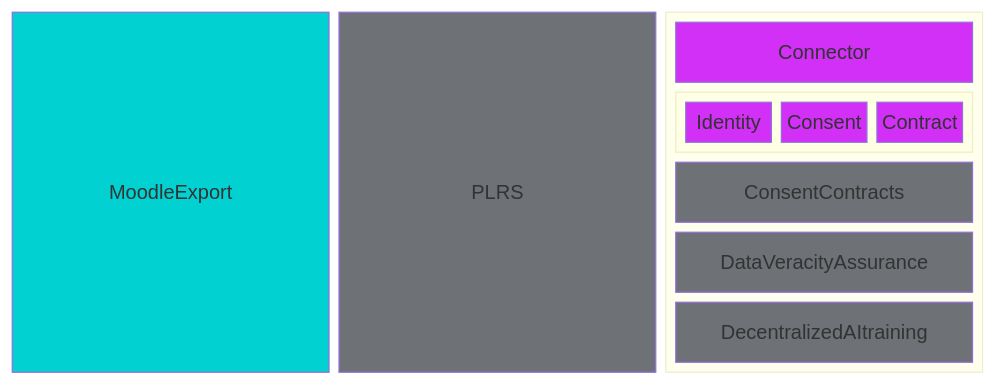
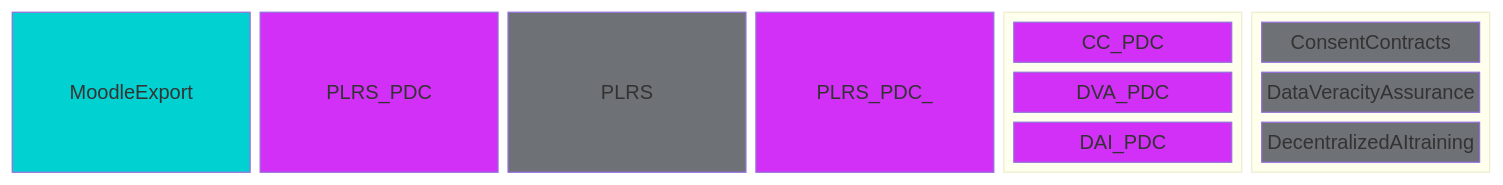
Before and after one commit to Prometheus-X-association/lrs-gateway: the first of 5 diagrams in readme.md, drawn with Mermaid. The commit also changed other lines of this file, not shown here.

````diff
--- a/readme.md
+++ b/readme.md
@@ -264,53 +260,39 @@
 ```mermaid
 
 block-beta
 
-columns 3
+columns 6
 
-MoodleExport:1 PLRS:1
+MoodleExport:1 
 
-block:group
+PLRS_PDC:1
 
+PLRS:1
+
+PLRS_PDC_:1
+
+block:group3
 columns 1
-
-Connector
-
-block:group2
-
-columns 3
-
-Identity Consent Contract
-
+CC_PDC DVA_PDC DAI_PDC
 end
 
+block:group4
+columns 1
 ConsentContracts DataVeracityAssurance DecentralizedAItraining
-
 end
 
 classDef colorA fill:#D22FF7,color:#fff
-
 classDef colorEx fill:#01D1D1,color:#fff
-
 classDef colorED fill:#6E7176,color:#fff
-
 class MoodleExport colorEx
-
 class PLRS colorED
-
 class EdgeComputing colorED
-
 class ConsentContracts colorED
-
 class DataVeracityAssurance colorED
-
 class DecentralizedAItraining colorED
-
-class Connector colorA
-
-class Identity colorA
-
-class Consent colorA
-
-class Contract colorA
-
+class PLRS_PDC colorA
+class PLRS_PDC_ colorA
+class CC_PDC colorA
+class DVA_PDC colorA
+class DAI_PDC colorA
 ```
````
